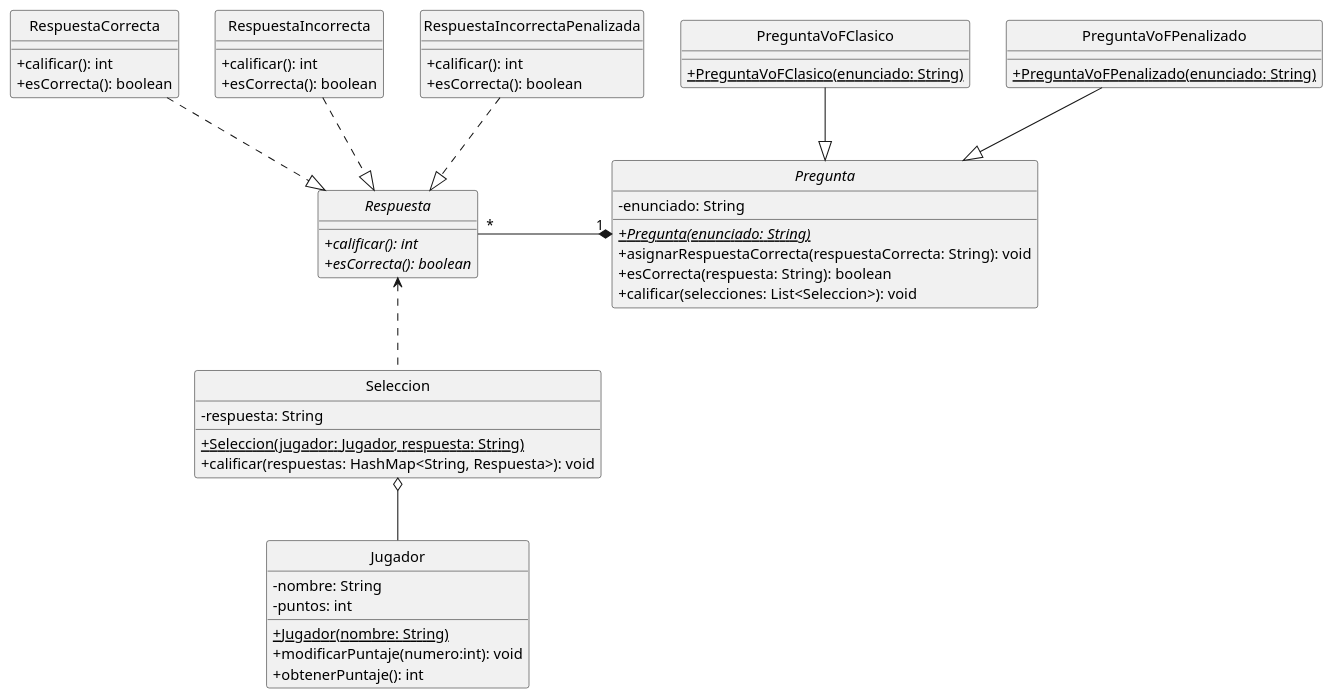
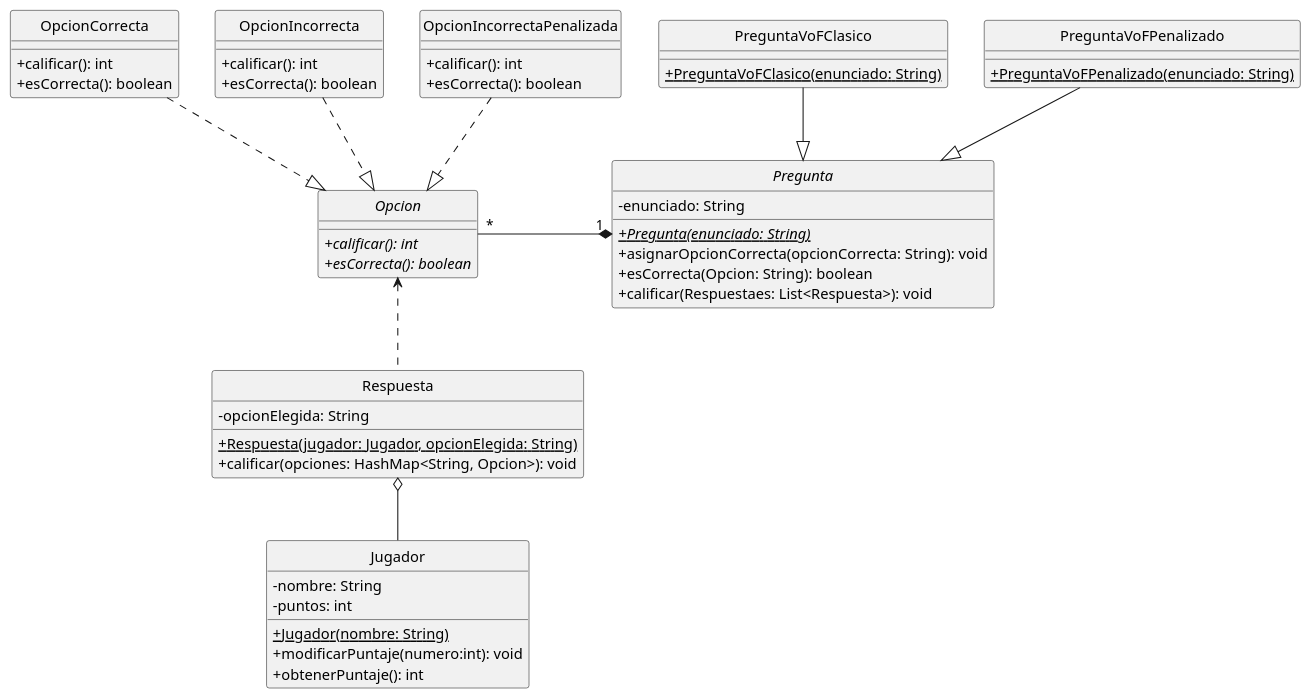
Before and after one commit to AmayaSantos/TP2-1: the diagram in src/main/java/edu/fiuba/algo3/modelo/diagramas/DiagramaDeClases.puml, drawn with PlantUML.

Commit message:
Modificando los nombre del diagrama de clases

```diff
--- a/src/main/java/edu/fiuba/algo3/modelo/diagramas/DiagramaDeClases.puml
+++ b/src/main/java/edu/fiuba/algo3/modelo/diagramas/DiagramaDeClases.puml
@@ -1,66 +1,66 @@
 @startuml
 hide circle
 skinparam classAttributeIconSize 0
 
 'Clases
-Interface Respuesta{
+Interface Opcion{
     +{abstract}calificar(): int
     +{abstract}esCorrecta(): boolean
 }
 
-Class RespuestaCorrecta{
+Class OpcionCorrecta{
     +calificar(): int
     +esCorrecta(): boolean
 }
 
-Class RespuestaIncorrecta{
+Class OpcionIncorrecta{
     +calificar(): int
     +esCorrecta(): boolean
 }
 
-Class RespuestaIncorrectaPenalizada{
+Class OpcionIncorrectaPenalizada{
     +calificar(): int
     +esCorrecta(): boolean
 }
 
 Abstract Class Pregunta{
     -enunciado: String
     +{abstract}{static}Pregunta(enunciado: String)
-    +asignarRespuestaCorrecta(respuestaCorrecta: String): void
-    +esCorrecta(respuesta: String): boolean
-    +calificar(selecciones: List<Seleccion>): void
+    +asignarOpcionCorrecta(opcionCorrecta: String): void
+    +esCorrecta(Opcion: String): boolean
+    +calificar(Respuestaes: List<Respuesta>): void
 }
 
 Class PreguntaVoFClasico{
    +{static}PreguntaVoFClasico(enunciado: String)
 }
 
 Class PreguntaVoFPenalizado{
    +{static}PreguntaVoFPenalizado(enunciado: String)
 }
 
-Class Seleccion{
-    -respuesta: String
-    +{static}Seleccion(jugador: Jugador, respuesta: String)
-    +calificar(respuestas: HashMap<String, Respuesta>): void
+Class Respuesta{
+    -opcionElegida: String
+    +{static}Respuesta(jugador: Jugador, opcionElegida: String)
+    +calificar(opciones: HashMap<String, Opcion>): void
 }
 
 Class Jugador{
     -nombre: String
     -puntos: int
     +{Static}Jugador(nombre: String)
     +modificarPuntaje(numero:int): void
     +obtenerPuntaje(): int
 }
 
 'Relaciones
-RespuestaIncorrecta ..|> Respuesta
-RespuestaIncorrectaPenalizada ..|> Respuesta
-RespuestaCorrecta ..|> Respuesta
+OpcionIncorrecta ..|> Opcion
+OpcionIncorrectaPenalizada ..|> Opcion
+OpcionCorrecta ..|> Opcion
 PreguntaVoFPenalizado --|> Pregunta
 PreguntaVoFClasico --|> Pregunta
-Seleccion o-- Jugador
-Pregunta "1" *-left- "*" Respuesta
-Seleccion .up.> Respuesta
+Respuesta o-- Jugador
+Pregunta "1" *-left- "*" Opcion
+Respuesta .up.> Opcion
 
 @enduml
```
